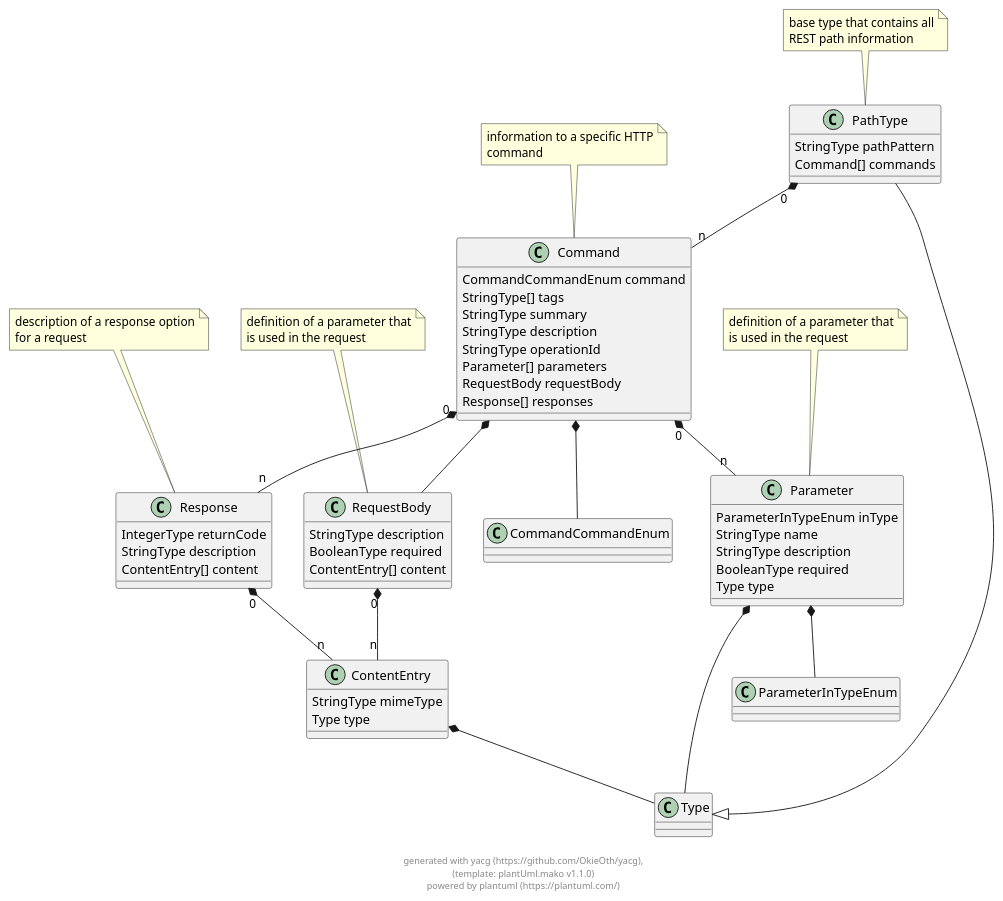
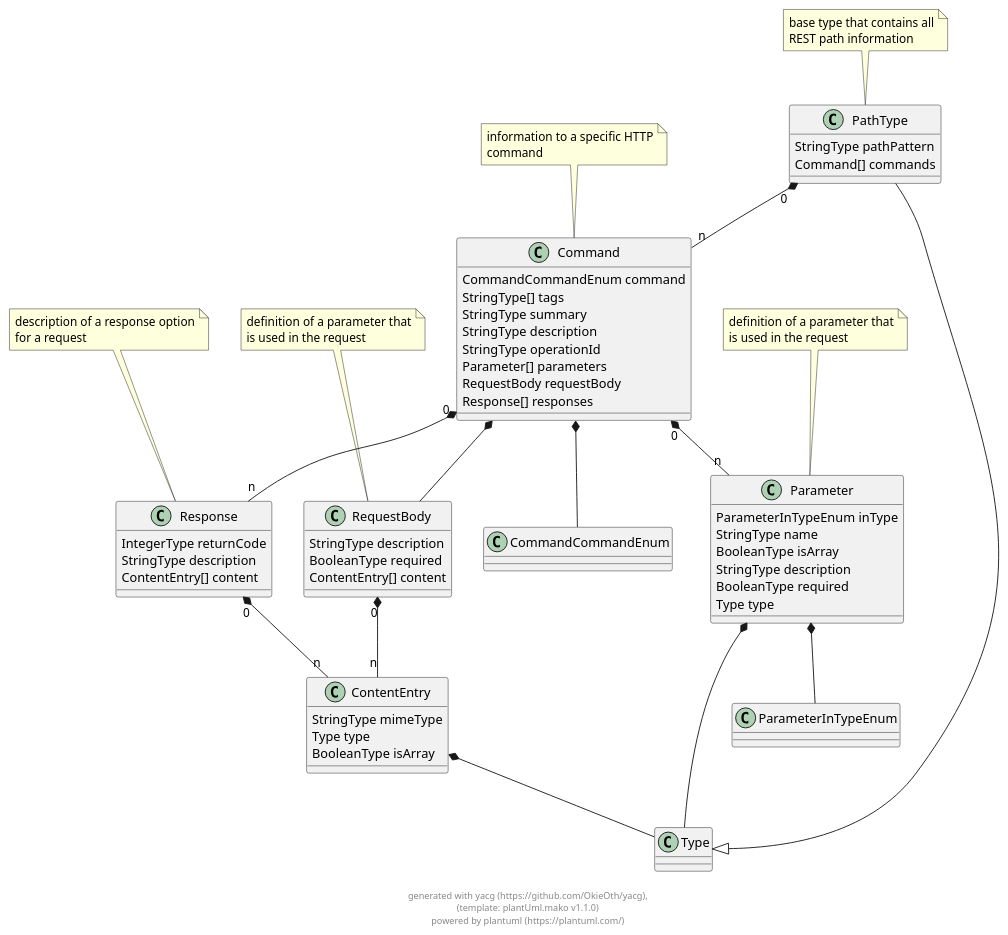
Before and after one commit to OkieOth/yacg: the diagram in docs/puml/yacg_openapi.puml, drawn with PlantUML. The commit also changed 5 other files, not shown here.

```diff
--- a/docs/puml/yacg_openapi.puml
+++ b/docs/puml/yacg_openapi.puml
@@ -2,95 +2,97 @@
 @startuml
 
 class PathType {
     StringType pathPattern 
     Command[] commands 
 }
  
 note top: base type that contains all\nREST path information
 
 PathType --|> Type
 class Command {
     CommandCommandEnum command 
     StringType[] tags 
     StringType summary 
     StringType description 
     StringType operationId 
     Parameter[] parameters 
     RequestBody requestBody 
     Response[] responses 
 }
  
 note top: information to a specific HTTP\ncommand
 
 class CommandCommandEnum {
 }
  
 
 class Parameter {
     ParameterInTypeEnum inType 
     StringType name 
+    BooleanType isArray 
     StringType description 
     BooleanType required 
     Type type 
 }
  
 note top: definition of a parameter that\nis used in the request
 
 class RequestBody {
     StringType description 
     BooleanType required 
     ContentEntry[] content 
 }
  
 note top: definition of a parameter that\nis used in the request
 
 class Response {
     IntegerType returnCode 
     StringType description 
     ContentEntry[] content 
 }
  
 note top: description of a response option\nfor a request
 
 class ContentEntry {
     StringType mimeType 
     Type type 
+    BooleanType isArray 
 }
  
 
 class ParameterInTypeEnum {
 }
  
 
 
     
 PathType "0" *-- "n" Command        
             
     
 Command  *--  CommandCommandEnum        
             
 Command "0" *-- "n" Parameter        
             
 Command  *--  RequestBody        
             
 Command "0" *-- "n" Response        
             
     
     
 Parameter  *--  ParameterInTypeEnum        
             
 Parameter  *--  Type        
             
     
 RequestBody "0" *-- "n" ContentEntry        
             
     
 Response "0" *-- "n" ContentEntry        
             
     
 ContentEntry  *--  Type        
             
     
 
 footer \ngenerated with yacg (https://github.com/OkieOth/yacg),\n(template: plantUml.mako v1.1.0)\npowered by plantuml (https://plantuml.com/)
 @enduml
```
